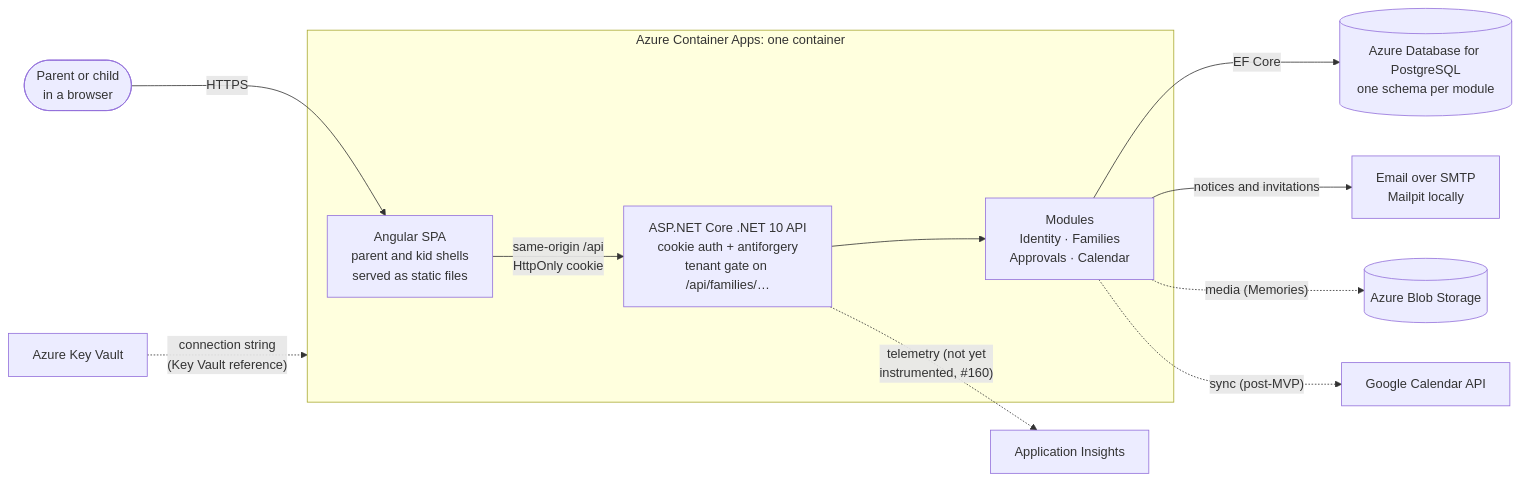
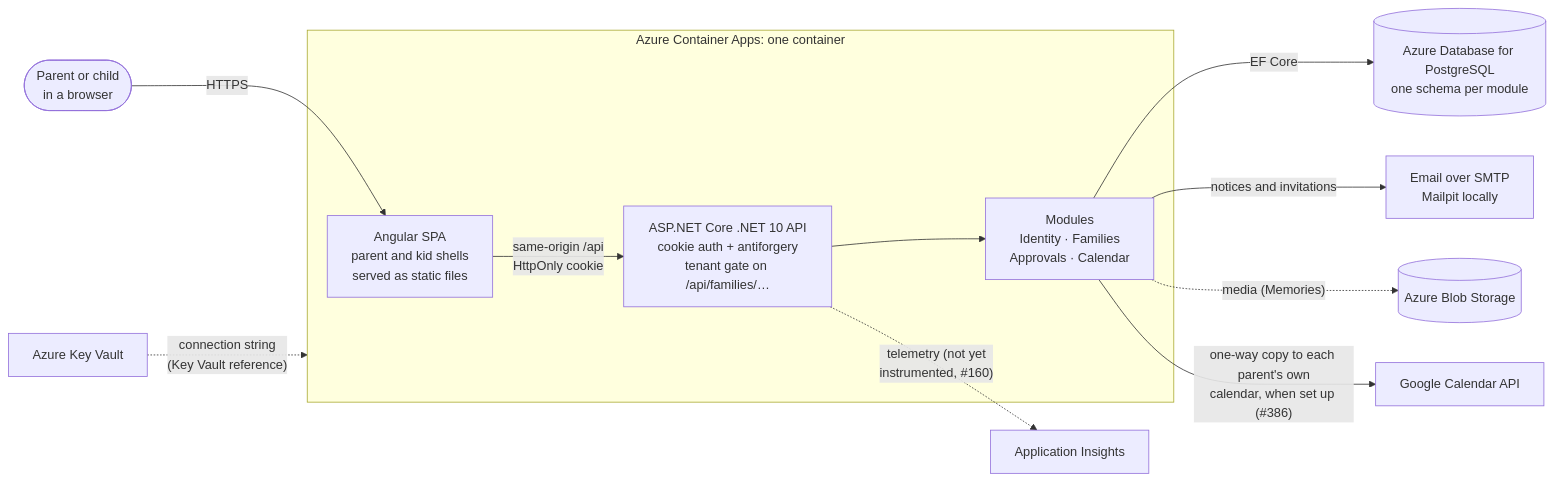
The first of 2 diagrams in docs/architecture.md (esaldivar/parenthesis), drawn with Mermaid before and after one commit. The commit also changed 23 other files, not shown here.

First line of the commit message:
feat(calendar): copy family events to parents' Google Calendars, one way (#386)

````diff
--- a/docs/architecture.md
+++ b/docs/architecture.md
@@ -12,27 +12,27 @@
 ```mermaid
 flowchart LR
   User([Parent or child<br/>in a browser])
 
   subgraph ACA["Azure Container Apps: one container"]
     SPA[Angular SPA<br/>parent and kid shells<br/>served as static files]
     API[ASP.NET Core .NET 10 API<br/>cookie auth + antiforgery<br/>tenant gate on /api/families/…]
     MOD[Modules<br/>Identity · Families<br/>Approvals · Calendar]
   end
 
   PG[(Azure Database for PostgreSQL<br/>one schema per module)]
   KV[Azure Key Vault]
   MAIL[Email over SMTP<br/>Mailpit locally]
   AI[Application Insights]
   BLOB[(Azure Blob Storage)]
   GCAL[Google Calendar API]
 
   User -- HTTPS --> SPA
   SPA -- "same-origin /api<br/>HttpOnly cookie" --> API
   API --> MOD
   MOD -- EF Core --> PG
   MOD -- notices and invitations --> MAIL
   KV -. "connection string<br/>(Key Vault reference)" .-> ACA
   API -. "telemetry (not yet<br/>instrumented, #160)" .-> AI
   MOD -. "media (Memories)" .-> BLOB
-  MOD -. "sync (post-MVP)" .-> GCAL
+  MOD -- "one-way copy to each parent's own<br/>calendar, when set up (#386)" --> GCAL
 ```
````
